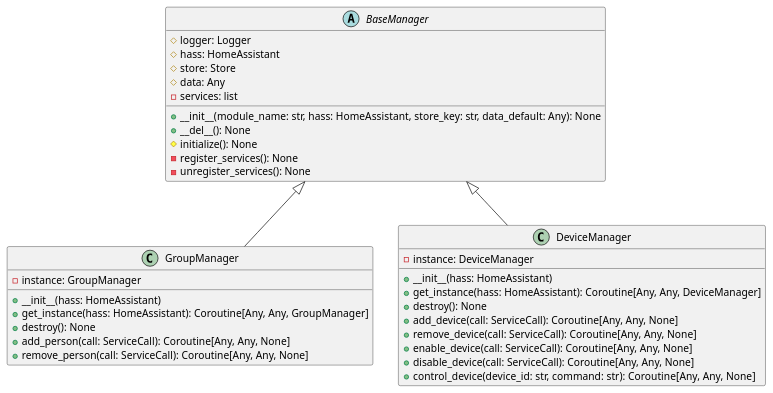
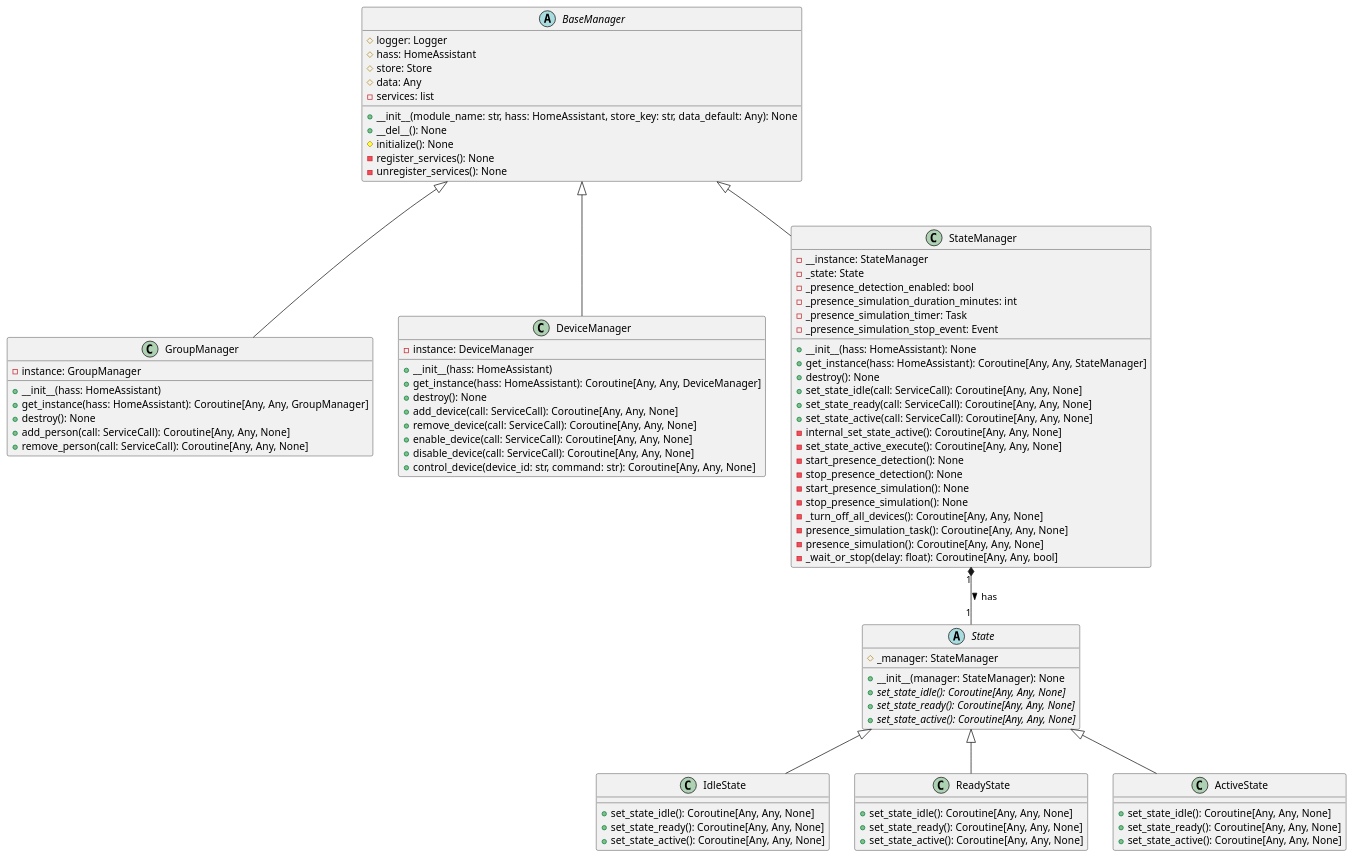
The diagram in docs/gradivo/plantuml/Izvedljiv sistem/manager-razredni.puml (TPO-2024-2025/Varko), drawn with PlantUML before and after one commit.

Commit message:
Popravljen razredni diagram

```diff
--- a/docs/gradivo/plantuml/Izvedljiv sistem/manager-razredni.puml
+++ b/docs/gradivo/plantuml/Izvedljiv sistem/manager-razredni.puml
@@ -1,38 +1,94 @@
 @startuml
 abstract class BaseManager {
     # logger: Logger
     # hass: HomeAssistant
     # store: Store
     # data: Any
     - services: list
     + __init__(module_name: str, hass: HomeAssistant, store_key: str, data_default: Any): None
     + __del__(): None
     # initialize(): None
     - register_services(): None
     - unregister_services(): None
 }
 
 class GroupManager {
     - instance: GroupManager
     + __init__(hass: HomeAssistant)
     + get_instance(hass: HomeAssistant): Coroutine[Any, Any, GroupManager]
     + destroy(): None
     + add_person(call: ServiceCall): Coroutine[Any, Any, None]
     + remove_person(call: ServiceCall): Coroutine[Any, Any, None]
 }
 BaseManager <|-- GroupManager
 
 class DeviceManager {
     - instance: DeviceManager
     + __init__(hass: HomeAssistant)
     + get_instance(hass: HomeAssistant): Coroutine[Any, Any, DeviceManager]
     + destroy(): None
     + add_device(call: ServiceCall): Coroutine[Any, Any, None]
     + remove_device(call: ServiceCall): Coroutine[Any, Any, None]
     + enable_device(call: ServiceCall): Coroutine[Any, Any, None]
     + disable_device(call: ServiceCall): Coroutine[Any, Any, None]
     + control_device(device_id: str, command: str): Coroutine[Any, Any, None]
 }
 BaseManager <|-- DeviceManager
 
+class StateManager {
+    - __instance: StateManager
+    - _state: State
+    - _presence_detection_enabled: bool
+    - _presence_simulation_duration_minutes: int
+    - _presence_simulation_timer: Task
+    - _presence_simulation_stop_event: Event
+    + __init__(hass: HomeAssistant): None
+    + get_instance(hass: HomeAssistant): Coroutine[Any, Any, StateManager]
+    + destroy(): None
+    + set_state_idle(call: ServiceCall): Coroutine[Any, Any, None]
+    + set_state_ready(call: ServiceCall): Coroutine[Any, Any, None]
+    + set_state_active(call: ServiceCall): Coroutine[Any, Any, None]
+    - internal_set_state_active(): Coroutine[Any, Any, None]
+    - set_state_active_execute(): Coroutine[Any, Any, None]
+    - start_presence_detection(): None
+    - stop_presence_detection(): None
+    - start_presence_simulation(): None
+    - stop_presence_simulation(): None
+    - _turn_off_all_devices(): Coroutine[Any, Any, None]
+    - presence_simulation_task(): Coroutine[Any, Any, None]
+    - presence_simulation(): Coroutine[Any, Any, None]
+    - _wait_or_stop(delay: float): Coroutine[Any, Any, bool]
+}
+BaseManager <|-- StateManager
+StateManager "1" *-- "1" State : has >
+
+abstract class State {
+    # _manager: StateManager
+    + __init__(manager: StateManager): None
+    + {abstract} set_state_idle(): Coroutine[Any, Any, None]
+    + {abstract} set_state_ready(): Coroutine[Any, Any, None]
+    + {abstract} set_state_active(): Coroutine[Any, Any, None]
+}
+
+class IdleState {
+    + set_state_idle(): Coroutine[Any, Any, None]
+    + set_state_ready(): Coroutine[Any, Any, None]
+    + set_state_active(): Coroutine[Any, Any, None]
+}
+State <|-- IdleState
+
+class ReadyState {
+    + set_state_idle(): Coroutine[Any, Any, None]
+    + set_state_ready(): Coroutine[Any, Any, None]
+    + set_state_active(): Coroutine[Any, Any, None]
+}
+State <|-- ReadyState
+
+class ActiveState {
+    + set_state_idle(): Coroutine[Any, Any, None]
+    + set_state_ready(): Coroutine[Any, Any, None]
+    + set_state_active(): Coroutine[Any, Any, None]
+}
+State <|-- ActiveState
+
 @enduml
```
